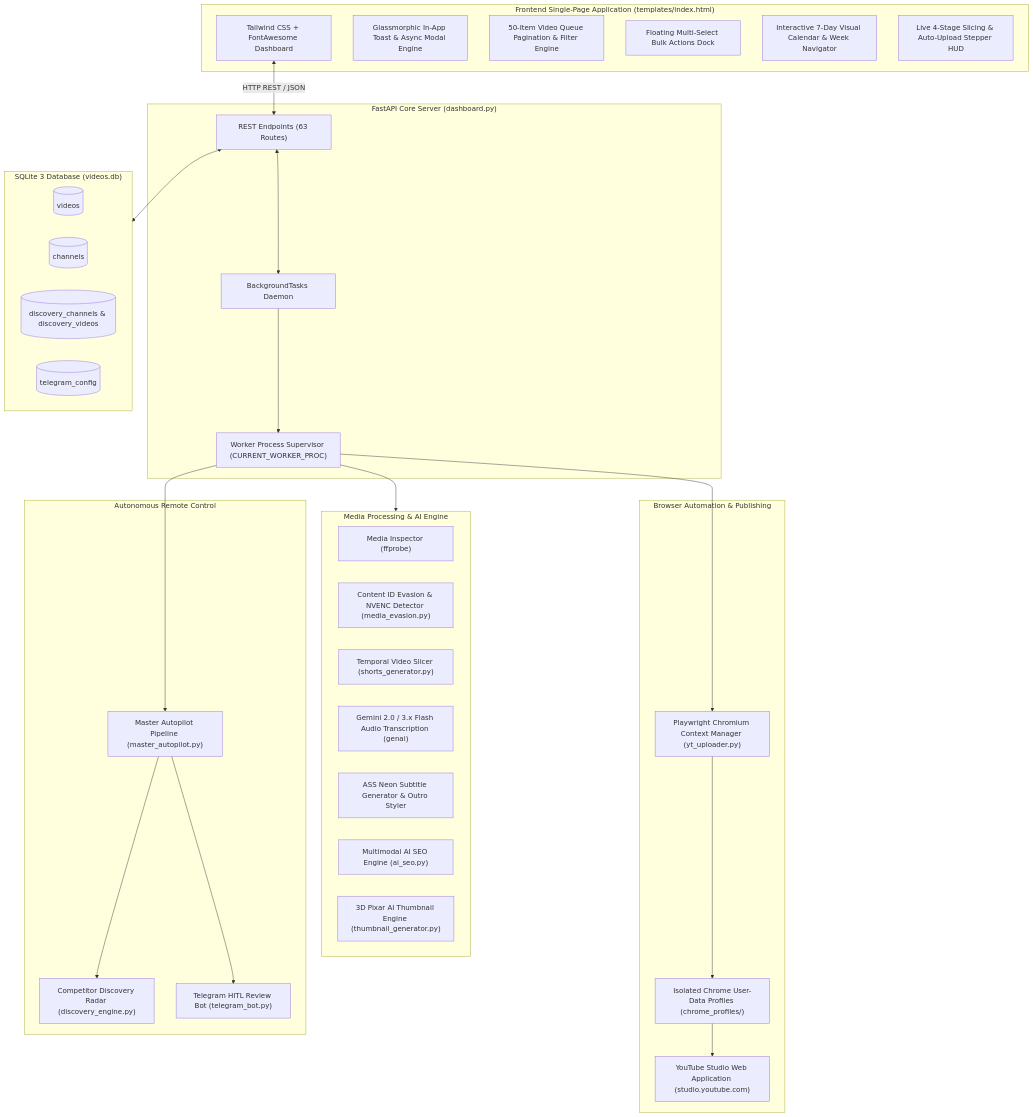
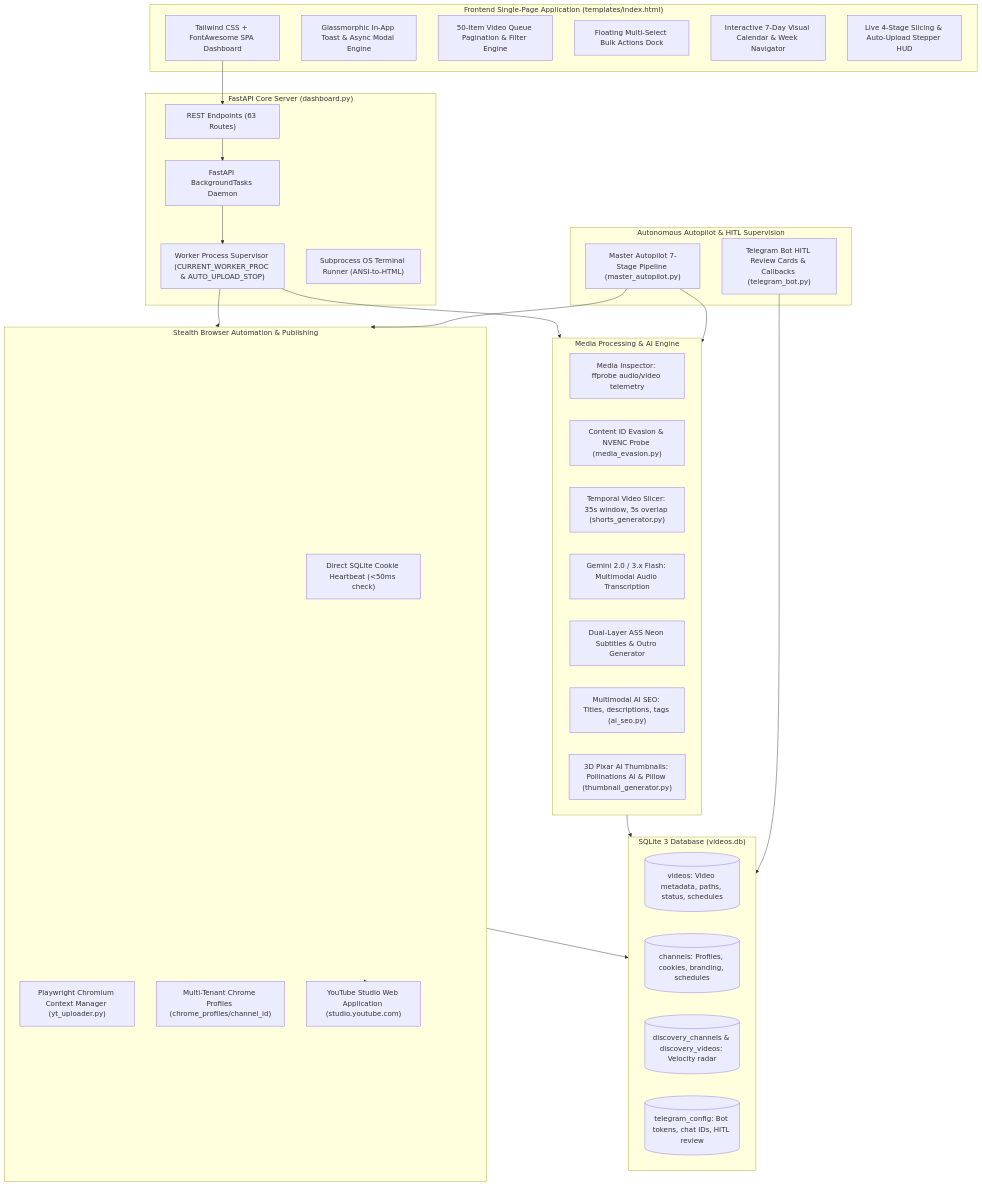
Before and after one commit to pardeepsinghverma/YoutubeCeo: the first of 3 diagrams in ARCHITECTURE.md, drawn with Mermaid. The commit also changed other lines of this file and 5 other files, not shown here.

````diff
--- a/ARCHITECTURE.md
+++ b/ARCHITECTURE.md
@@ -13,58 +13,59 @@
 ```mermaid
 flowchart TD
     subgraph Client ["Frontend Single-Page Application (templates/index.html)"]
-        UI["Tailwind CSS + FontAwesome Dashboard"]
+        UI["Tailwind CSS + FontAwesome SPA Dashboard"]
         Toast["Glassmorphic In-App Toast & Async Modal Engine"]
         Pagination["50-Item Video Queue Pagination & Filter Engine"]
         Dock["Floating Multi-Select Bulk Actions Dock"]
         Calendar["Interactive 7-Day Visual Calendar & Week Navigator"]
         HUD["Live 4-Stage Slicing & Auto-Upload Stepper HUD"]
     end
 
     subgraph Backend ["FastAPI Core Server (dashboard.py)"]
         API["REST Endpoints (63 Routes)"]
-        Tasks["BackgroundTasks Daemon"]
-        Supervisor["Worker Process Supervisor (CURRENT_WORKER_PROC)"]
+        Tasks["FastAPI BackgroundTasks Daemon"]
+        Supervisor["Worker Process Supervisor (CURRENT_WORKER_PROC & AUTO_UPLOAD_STOP)"]
+        Terminal["Subprocess OS Terminal Runner (ANSI-to-HTML)"]
     end
 
     subgraph Persistence ["SQLite 3 Database (videos.db)"]
-        DB_Videos[("videos")]
-        DB_Channels[("channels")]
-        DB_Discovery[("discovery_channels & discovery_videos")]
-        DB_Telegram[("telegram_config")]
+        DB_Videos[("videos: Video metadata, paths, status, schedules")]
+        DB_Channels[("channels: Profiles, cookies, branding, schedules")]
+        DB_Discovery[("discovery_channels & discovery_videos: Velocity radar")]
+        DB_Telegram[("telegram_config: Bot tokens, chat IDs, HITL review")]
     end
 
     subgraph MediaPipeline ["Media Processing & AI Engine"]
-        Inspector["Media Inspector (ffprobe)"]
-        Evasion["Content ID Evasion & NVENC Detector (media_evasion.py)"]
-        Slicer["Temporal Video Slicer (shorts_generator.py)"]
-        GeminiAI["Gemini 2.0 / 3.x Flash Audio Transcription (genai)"]
-        ASS["ASS Neon Subtitle Generator & Outro Styler"]
-        SEO["Multimodal AI SEO Engine (ai_seo.py)"]
-        Thumbnails["3D Pixar AI Thumbnail Engine (thumbnail_generator.py)"]
+        Inspector["Media Inspector: ffprobe audio/video telemetry"]
+        Evasion["Content ID Evasion & NVENC Probe (media_evasion.py)"]
+        Slicer["Temporal Video Slicer: 35s window, 5s overlap (shorts_generator.py)"]
+        GeminiAI["Gemini 2.0 / 3.x Flash: Multimodal Audio Transcription"]
+        ASS["Dual-Layer ASS Neon Subtitles & Outro Generator"]
+        SEO["Multimodal AI SEO: Titles, descriptions, tags (ai_seo.py)"]
+        Thumbnails["3D Pixar AI Thumbnails: Pollinations AI & Pillow (thumbnail_generator.py)"]
     end
 
-    subgraph Automation ["Browser Automation & Publishing"]
+    subgraph Automation ["Stealth Browser Automation & Publishing"]
+        Heartbeat["Direct SQLite Cookie Heartbeat (<50ms check)"]
         Playwright["Playwright Chromium Context Manager (yt_uploader.py)"]
-        Profiles["Isolated Chrome User-Data Profiles (chrome_profiles/)"]
+        Profiles["Multi-Tenant Chrome Profiles (chrome_profiles/channel_id)"]
         Studio["YouTube Studio Web Application (studio.youtube.com)"]
     end
 
-    subgraph RemoteControl ["Autonomous Remote Control"]
-        Radar["Competitor Discovery Radar (discovery_engine.py)"]
-        Autopilot["Master Autopilot Pipeline (master_autopilot.py)"]
-        Telegram["Telegram HITL Review Bot (telegram_bot.py)"]
+    subgraph Autopilot ["Autonomous Autopilot & HITL Supervision"]
+        MasterAutopilot["Master Autopilot 7-Stage Pipeline (master_autopilot.py)"]
+        TelegramHITL["Telegram Bot HITL Review Cards & Callbacks (telegram_bot.py)"]
     end
 
-    UI <-->|HTTP REST / JSON| API
-    API <--> Tasks
+    UI --> API
+    API --> Tasks
     Tasks --> Supervisor
-    API <--> Persistence
     Supervisor --> MediaPipeline
-    Supervisor --> Playwright
-    Playwright --> Profiles
-    Profiles --> Studio
-    Supervisor --> Autopilot
-    Autopilot --> Radar
-    Autopilot --> Telegram
+    Supervisor --> Automation
+    MediaPipeline --> Persistence
+    Automation --> Persistence
+    MasterAutopilot --> MediaPipeline
+    MasterAutopilot --> Automation
+    TelegramHITL --> Persistence
+    Automation --> Studio
 ```
````
